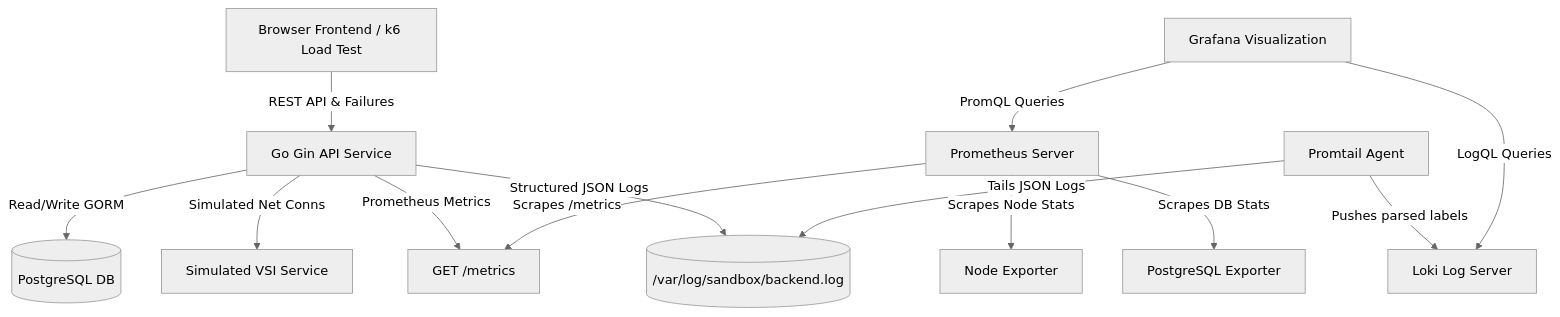
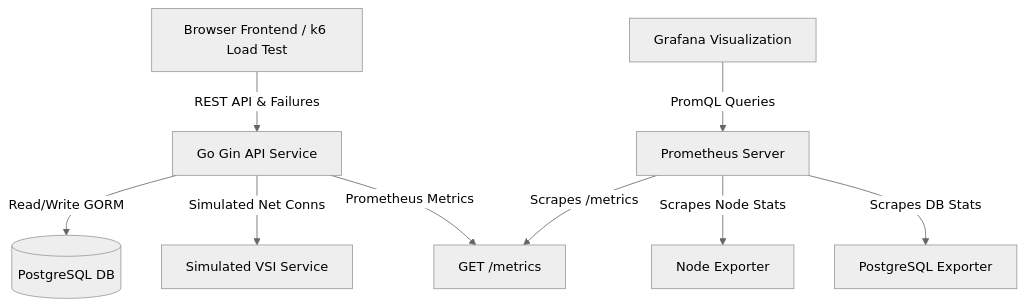
The diagram in README.md (siddapurnirmala-cyber/Sandbox-simulation), drawn with Mermaid (neutral theme) before and after one commit. The commit also changed other lines of this file and 22 other files, not shown here.

````diff
--- a/README.md
+++ b/README.md
@@ -11,18 +11,13 @@
 ```mermaid
 graph TD
     Client[Browser Frontend / k6 Load Test] -->|REST API & Failures| GoBackend[Go Gin API Service]
     GoBackend -->|Read/Write GORM| Postgres[(PostgreSQL DB)]
     GoBackend -->|Simulated Net Conns| VSI[Simulated VSI Service]
     GoBackend -->|Prometheus Metrics| PromEndpoint[GET /metrics]
-    GoBackend -->|Structured JSON Logs| LogFile[(/var/log/sandbox/backend.log)]
     
     Prometheus[Prometheus Server] -->|Scrapes /metrics| PromEndpoint
     Prometheus -->|Scrapes Node Stats| NodeExporter[Node Exporter]
     Prometheus -->|Scrapes DB Stats| PostgresExporter[PostgreSQL Exporter]
     
-    Promtail[Promtail Agent] -->|Tails JSON Logs| LogFile
-    Promtail -->|Pushes parsed labels| Loki[Loki Log Server]
-    
     Grafana[Grafana Visualization] -->|PromQL Queries| Prometheus
-    Grafana -->|LogQL Queries| Loki
 ```
````
